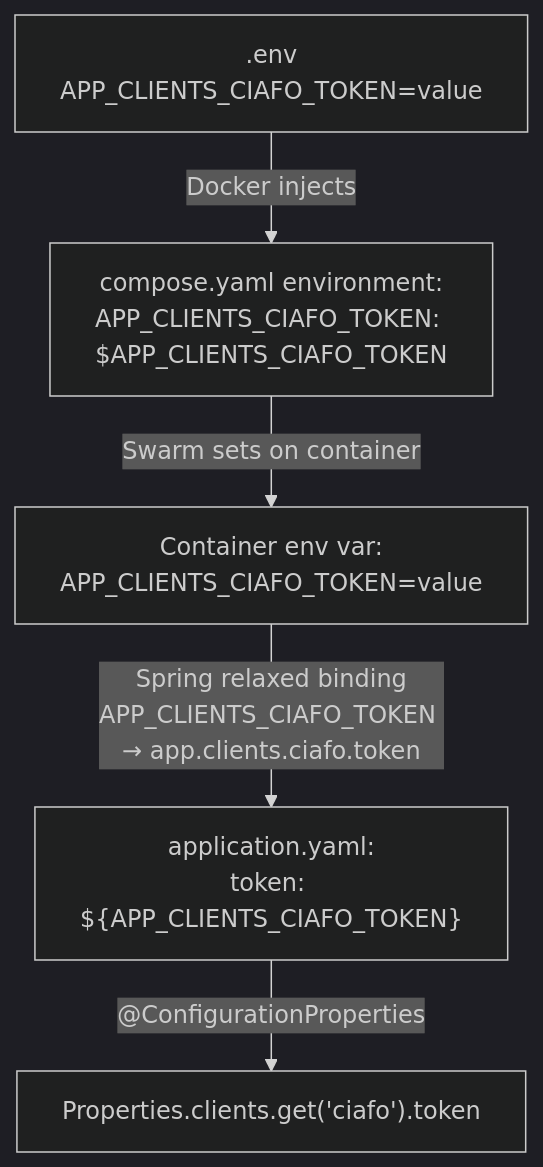
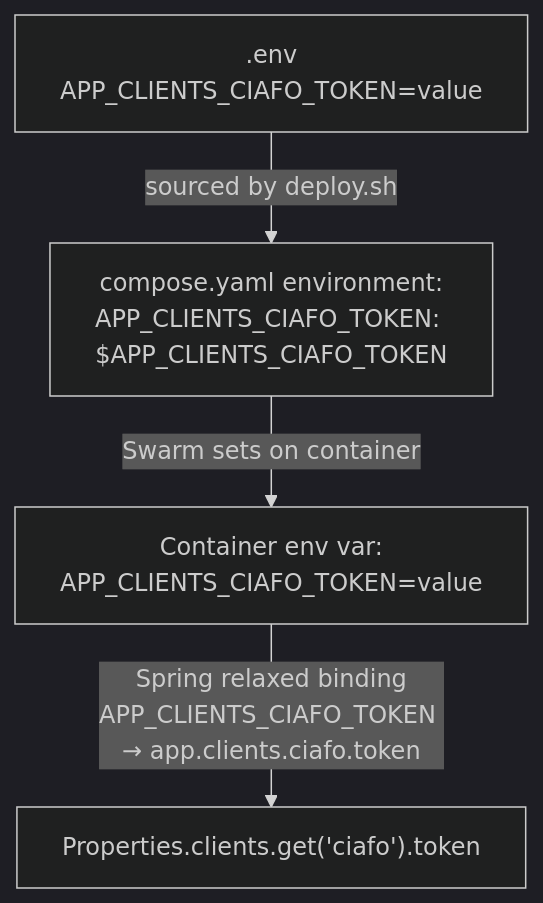
Before and after one commit to outsideworx/.kiro: the second of 2 diagrams in prompts/outsideworx/auth.md, drawn with Mermaid (dark theme). The commit also changed other lines of this file and 9 other files, not shown here.

````diff
--- a/prompts/outsideworx/auth.md
+++ b/prompts/outsideworx/auth.md
@@ -127,13 +127,11 @@
 ```mermaid
 flowchart TD
     env[".env\nAPP_CLIENTS_CIAFO_TOKEN=value"]
     compose["compose.yaml environment:\nAPP_CLIENTS_CIAFO_TOKEN: $APP_CLIENTS_CIAFO_TOKEN"]
     container["Container env var:\nAPP_CLIENTS_CIAFO_TOKEN=value"]
-    yaml["application.yaml:\ntoken: ${APP_CLIENTS_CIAFO_TOKEN}"]
     props["Properties.clients.get('ciafo').token"]
 
-    env -->|"Docker injects"| compose
+    env -->|"sourced by deploy.sh"| compose
     compose -->|"Swarm sets on container"| container
-    container -->|"Spring relaxed binding\nAPP_CLIENTS_CIAFO_TOKEN → app.clients.ciafo.token"| yaml
-    yaml -->|"@ConfigurationProperties"| props
+    container -->|"Spring relaxed binding\nAPP_CLIENTS_CIAFO_TOKEN → app.clients.ciafo.token"| props
 ```
````
